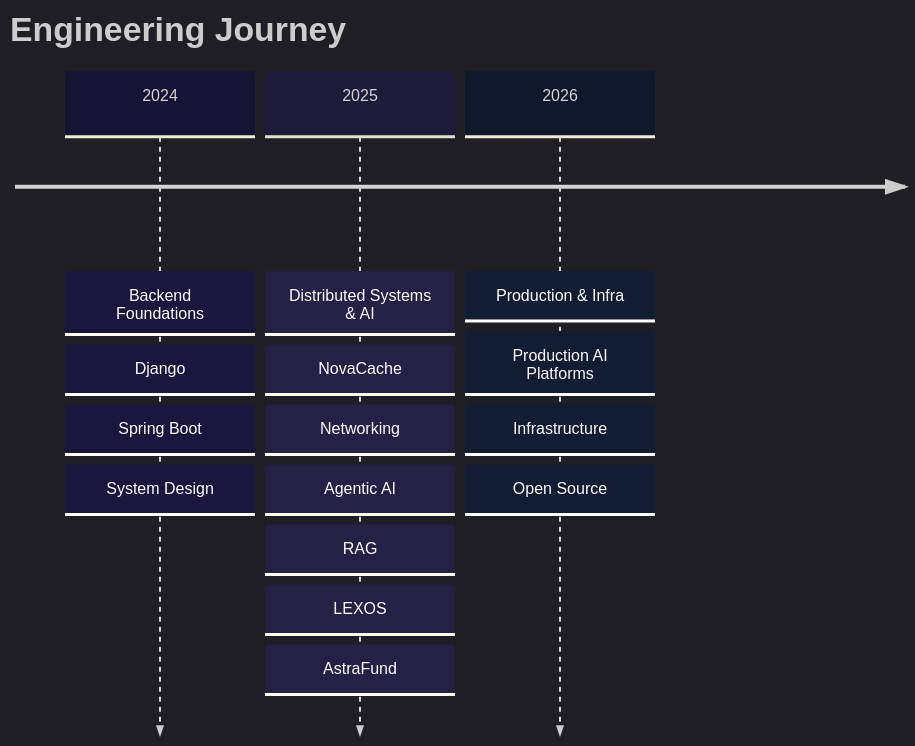
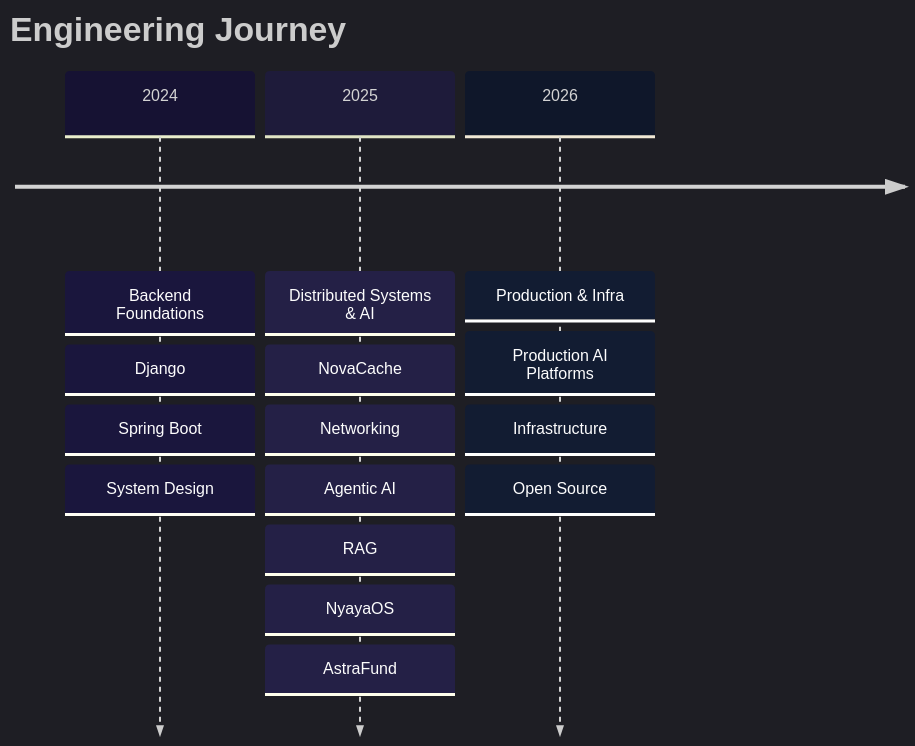
The fourth of 4 diagrams in README.md (sathwiksgjois/sathwiksgjois), drawn with Mermaid before and after one commit. The commit also changed other lines of this file, not shown here.

````diff
--- a/README.md
+++ b/README.md
@@ -281,20 +281,20 @@
 ```mermaid
 %%{init: {'theme':'dark', 'themeVariables': {'primaryColor':'#161233','primaryTextColor':'#E5E7EB','primaryBorderColor':'#6366F1','lineColor':'#8B5CF6','cScale0':'#161233','cScale1':'#1e1b3a','cScale2':'#0f172a','fontFamily':'Fira Code'}}}%%
 timeline
     title Engineering Journey
     2024 : Backend Foundations
          : Django
          : Spring Boot
          : System Design
     2025 : Distributed Systems & AI
          : NovaCache
          : Networking
          : Agentic AI
          : RAG
-         : LEXOS
+         : NyayaOS
          : AstraFund
     2026 : Production & Infra
          : Production AI Platforms
          : Infrastructure
          : Open Source
 ```
````
